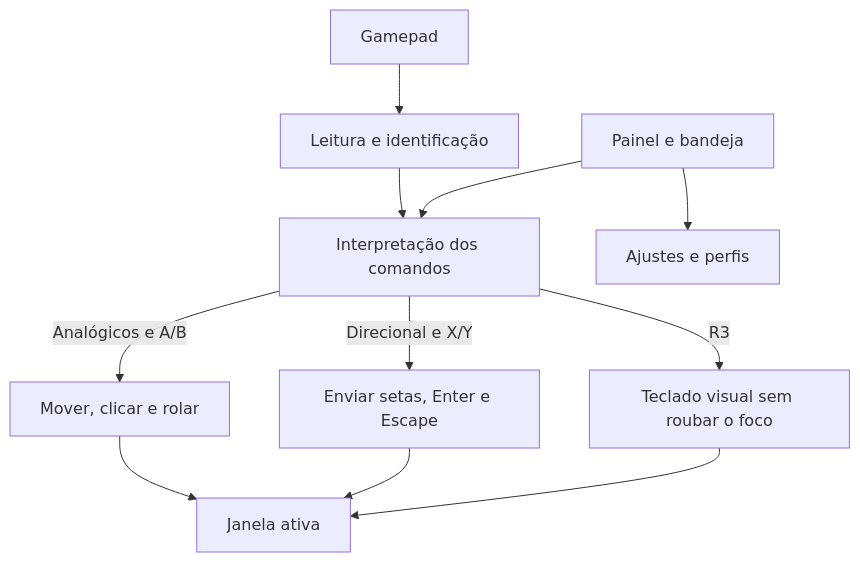
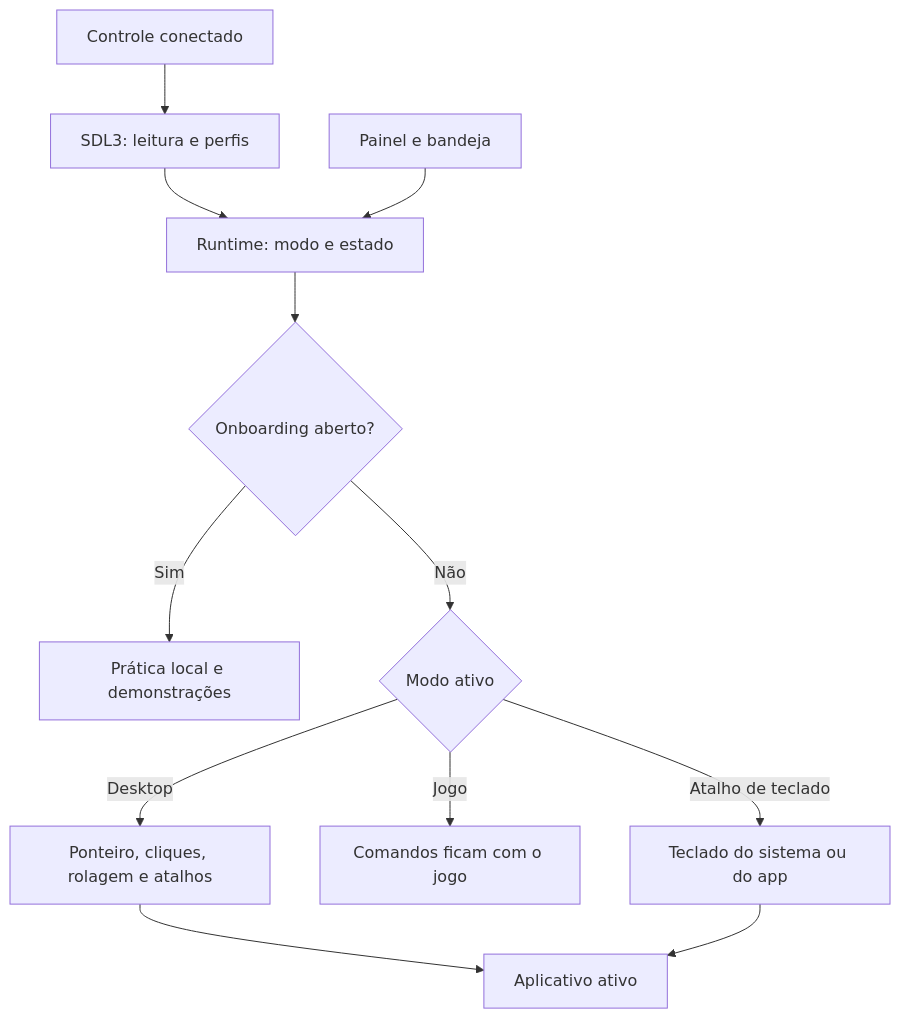
The diagram in desktop/docs/system-overview.md (andrecrjr/GamepadDesktop), drawn with Mermaid before and after one commit. The commit also changed other lines of this file and 17 other files, not shown here.

First line of the commit message:
feat: streamline desktop onboarding and product documentation

````diff
--- a/desktop/docs/system-overview.md
+++ b/desktop/docs/system-overview.md
@@ -18,13 +9,14 @@
 ```mermaid
 flowchart TD
-  A[Gamepad] --> B[Leitura e identificação]
-  B --> C[Interpretação dos comandos]
-  C -->|Analógicos e A/B| E[Mover, clicar e rolar]
-  C -->|Direcional e X/Y| F[Enviar setas, Enter e Escape]
-  C -->|R3| G[Teclado visual sem roubar o foco]
-  E --> H[Janela ativa]
-  F --> H
-  G --> H
-  I[Painel e bandeja] --> C
-  I --> J[Ajustes e perfis]
+  A[Controle conectado] --> B[SDL3: leitura e perfis]
+  B --> C[Runtime: modo e estado]
+  C --> D{Onboarding aberto?}
+  D -->|Sim| E[Prática local e demonstrações]
+  D -->|Não| F{Modo ativo}
+  F -->|Desktop| G[Ponteiro, cliques, rolagem e atalhos]
+  F -->|Jogo| H[Comandos ficam com o jogo]
+  F -->|Atalho de teclado| I[Teclado do sistema ou do app]
+  G --> J[Aplicativo ativo]
+  I --> J
+  K[Painel e bandeja] --> C
 ```
````
